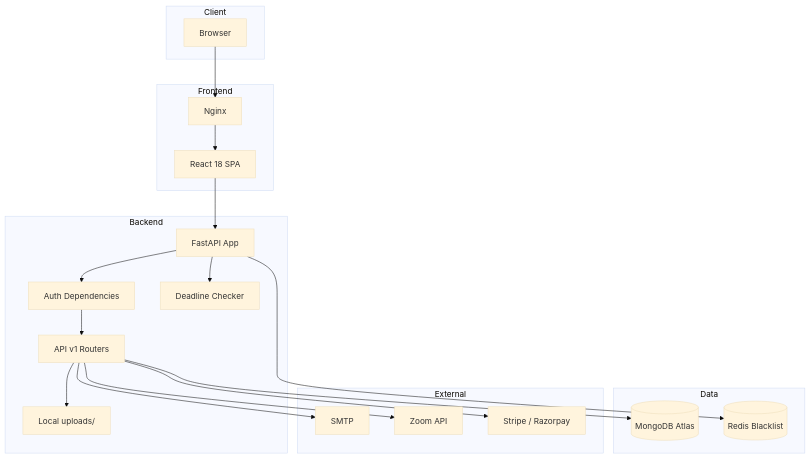
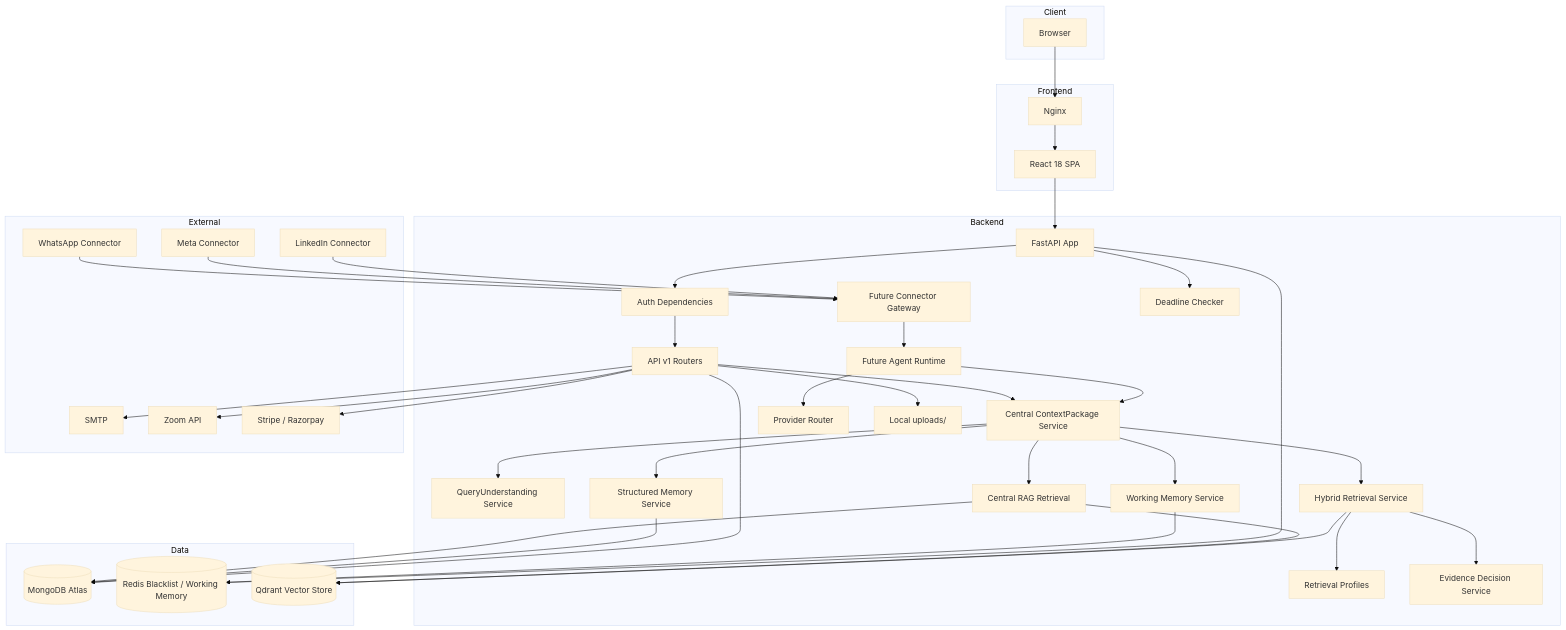
The first of 8 diagrams in docs/diagrams/architecture.md (Shivakushwah143/SynTask), drawn with Mermaid (base theme) before and after one commit. The commit also changed other lines of this file and 660 other files, not shown here.

````diff
--- a/docs/diagrams/architecture.md
+++ b/docs/diagrams/architecture.md
@@ -3,41 +3,75 @@
 ```mermaid
 flowchart TB
     subgraph Client
         Browser[Browser]
     end
 
     subgraph Frontend
         Nginx[Nginx]
         React[React 18 SPA]
     end
 
     subgraph Backend
         FastAPI[FastAPI App]
         Auth[Auth Dependencies]
         Routers[API v1 Routers]
+        ContextPackage[Central ContextPackage Service]
+        QueryUnderstanding[QueryUnderstanding Service]
+        StructuredMemory[Structured Memory Service]
+        WorkingMemory[Working Memory Service]
+        RAG[Central RAG Retrieval]
+        HybridRAG[Hybrid Retrieval Service]
+        Profiles[Retrieval Profiles]
+        Evidence[Evidence Decision Service]
+        ProviderRouter[Provider Router]
+        AgentRuntime[Future Agent Runtime]
+        ConnectorGateway[Future Connector Gateway]
         Uploads[Local uploads/]
         Deadline[Deadline Checker]
     end
 
     subgraph Data
         Mongo[(MongoDB Atlas)]
-        Redis[(Redis Blacklist)]
+        Redis[(Redis Blacklist / Working Memory)]
+        Qdrant[(Qdrant Vector Store)]
     end
 
     subgraph External
         SMTP[SMTP]
         Zoom[Zoom API]
         Payments[Stripe / Razorpay]
+        WhatsApp[WhatsApp Connector]
+        Meta[Meta Connector]
+        LinkedIn[LinkedIn Connector]
     end
 
     Browser --> Nginx --> React
     React --> FastAPI
     FastAPI --> Auth --> Routers
+    Routers --> ContextPackage
+    ContextPackage --> QueryUnderstanding
+    ContextPackage --> StructuredMemory
+    ContextPackage --> WorkingMemory
+    ContextPackage --> RAG
+    ContextPackage --> HybridRAG
+    HybridRAG --> Profiles
+    HybridRAG --> Evidence
+    AgentRuntime --> ContextPackage
+    AgentRuntime --> ProviderRouter
+    ConnectorGateway --> AgentRuntime
+    WorkingMemory --> Redis
+    RAG --> Qdrant
+    HybridRAG --> Qdrant
+    RAG --> Mongo
+    StructuredMemory --> Mongo
     Routers --> Mongo
     FastAPI --> Redis
     Routers --> Uploads
     FastAPI --> Deadline
     Routers --> SMTP
     Routers --> Zoom
     Routers --> Payments
+    WhatsApp --> ConnectorGateway
+    Meta --> ConnectorGateway
+    LinkedIn --> ConnectorGateway
 ```
````
